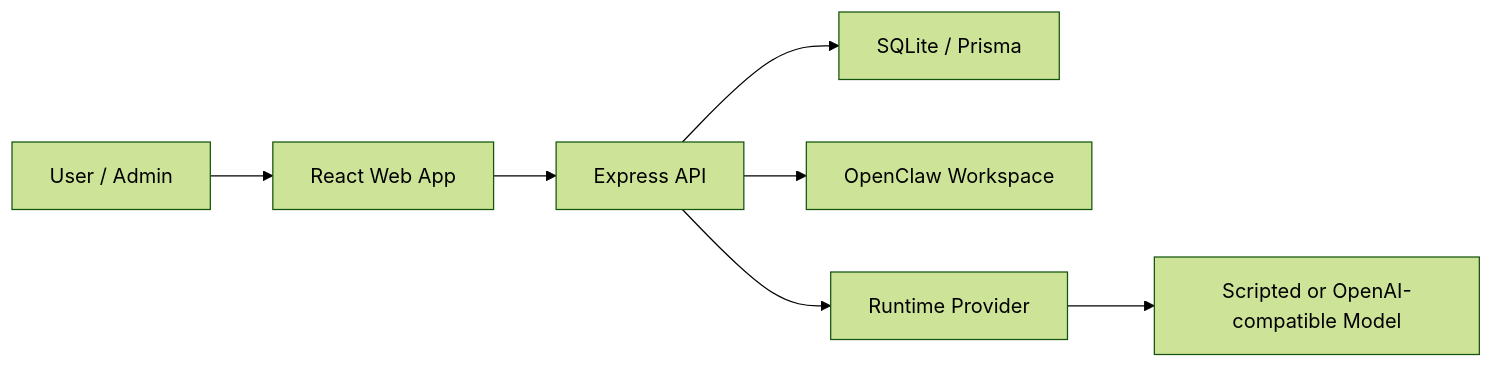
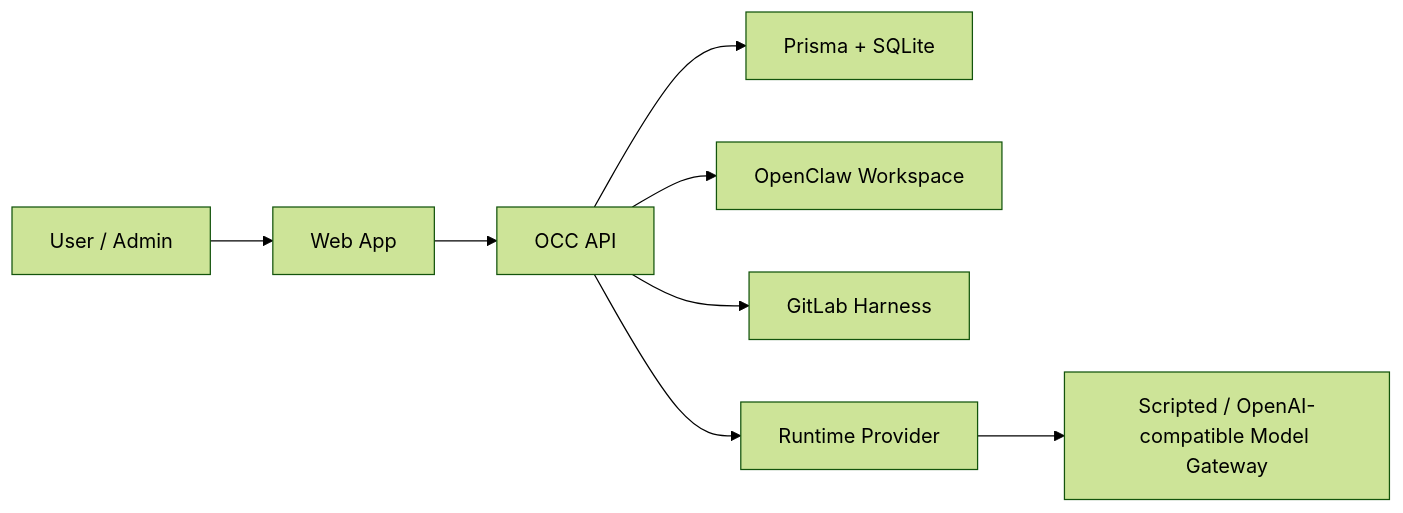
Before and after one commit to hanlee118/ai-agent-: the diagram in README.md, drawn with Mermaid (forest theme). The commit also changed other lines of this file, not shown here.

````diff
--- a/README.md
+++ b/README.md
@@ -53,9 +86,10 @@
 ```mermaid
 flowchart LR
-  U["User / Admin"] --> W["React Web App"]
-  W --> A["Express API"]
-  A --> D["SQLite / Prisma"]
+  U["User / Admin"] --> W["Web App"]
+  W --> A["OCC API"]
+  A --> D["Prisma + SQLite"]
   A --> O["OpenClaw Workspace"]
+  A --> G["GitLab Harness"]
   A --> R["Runtime Provider"]
-  R --> M["Scripted or OpenAI-compatible Model"]
+  R --> M["Scripted / OpenAI-compatible Model Gateway"]
 ```
````
